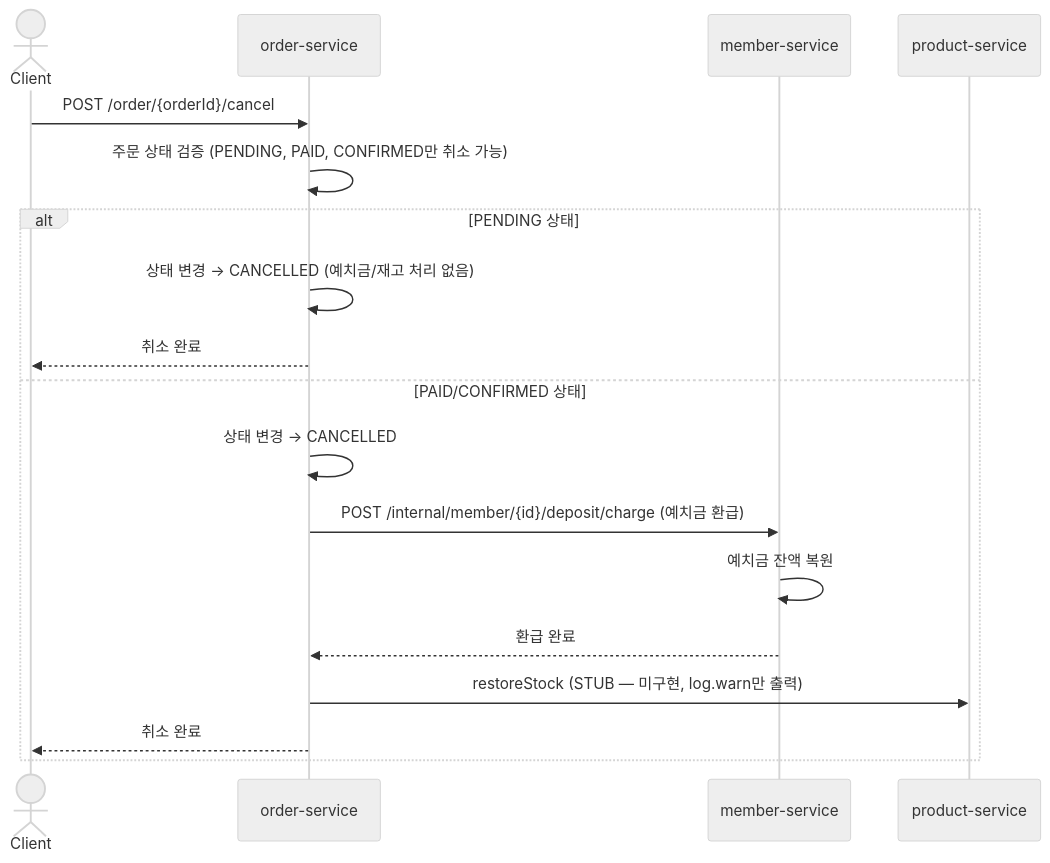
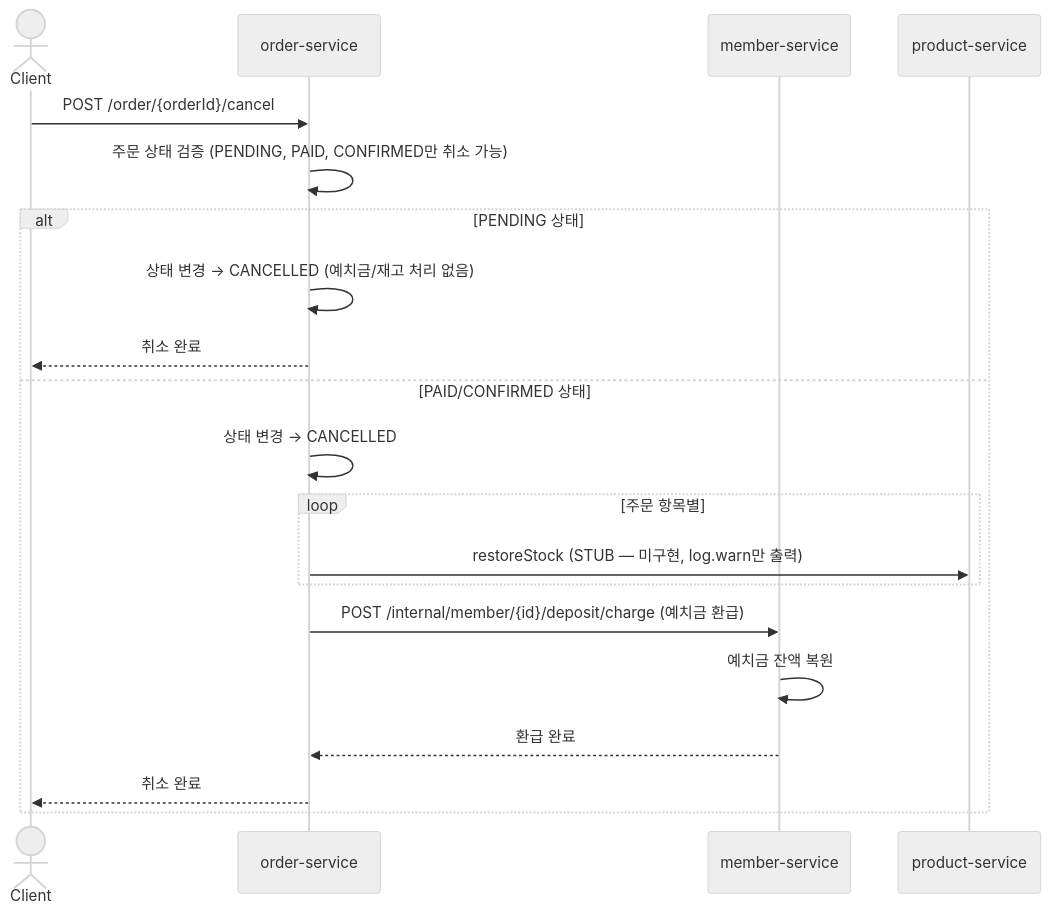
The third of 3 diagrams in docs/OrderPaymentFlow.md (prgrms-be-adv-devcourse/beadv5_5_404_Not_Found_BE), drawn with Mermaid (neutral theme) before and after one commit. The commit also changed other lines of this file and 1 other file, not shown here.

First line of the commit message:
docs: 환불 플로우 운영상 도달 불가 마커 변경 및 API 목록 보정

````diff
--- a/docs/OrderPaymentFlow.md
+++ b/docs/OrderPaymentFlow.md
@@ -225,22 +225,24 @@
 ```mermaid
 sequenceDiagram
     actor Client
     participant Order as order-service
     participant Member as member-service
     participant Product as product-service
 
     Client->>Order: POST /order/{orderId}/cancel
     Order->>Order: 주문 상태 검증 (PENDING, PAID, CONFIRMED만 취소 가능)
 
     alt PENDING 상태
         Order->>Order: 상태 변경 → CANCELLED (예치금/재고 처리 없음)
         Order-->>Client: 취소 완료
     else PAID/CONFIRMED 상태
         Order->>Order: 상태 변경 → CANCELLED
+        loop 주문 항목별
+            Order->>Product: restoreStock (STUB — 미구현, log.warn만 출력)
+        end
         Order->>Member: POST /internal/member/{id}/deposit/charge (예치금 환급)
         Member->>Member: 예치금 잔액 복원
         Member-->>Order: 환급 완료
-        Order->>Product: restoreStock (STUB — 미구현, log.warn만 출력)
         Order-->>Client: 취소 완료
     end
 ```
````
